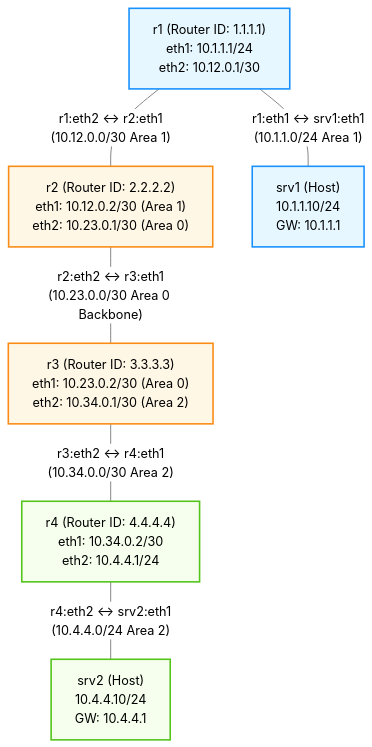
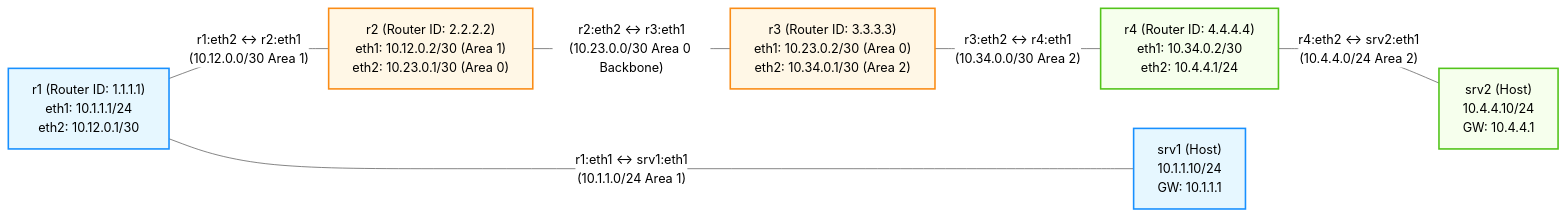
One commit to thangphan205/containerlab-demo changed the diagram in bai-tap-ve-nha/18-troubleshooting-chaos-lab/lab-guide.md. Above: the diagram before and after it, drawn with Mermaid (neutral theme). The commit also changed 1 other file, not shown here.

Commit message:
topology

````diff
--- a/bai-tap-ve-nha/18-troubleshooting-chaos-lab/lab-guide.md
+++ b/bai-tap-ve-nha/18-troubleshooting-chaos-lab/lab-guide.md
@@ -24,38 +24,40 @@
 ```mermaid
-graph TB
+graph LR
     classDef area1 fill:#e6f7ff,stroke:#1890ff,stroke-width:2px;
     classDef area0 fill:#fff7e6,stroke:#fa8c16,stroke-width:2px;
     classDef area2 fill:#f6ffed,stroke:#52c41a,stroke-width:2px;
 
     r1["`r1 (Router ID: 1.1.1.1)
 eth1: 10.1.1.1/24
 eth2: 10.12.0.1/30`"]:::area1
     r2["`r2 (Router ID: 2.2.2.2)
 eth1: 10.12.0.2/30 (Area 1)
 eth2: 10.23.0.1/30 (Area 0)`"]:::area0
     r3["`r3 (Router ID: 3.3.3.3)
 eth1: 10.23.0.2/30 (Area 0)
 eth2: 10.34.0.1/30 (Area 2)`"]:::area0
     r4["`r4 (Router ID: 4.4.4.4)
 eth1: 10.34.0.2/30
 eth2: 10.4.4.1/24`"]:::area2
 
     srv1["`srv1 (Host)
 10.1.1.10/24
 GW: 10.1.1.1`"]:::area1
     srv2["`srv2 (Host)
 10.4.4.10/24
 GW: 10.4.4.1`"]:::area2
 
     r1 -- "`r1:eth2 <-> r2:eth1
 (10.12.0.0/30 Area 1)`" --- r2
     r2 -- "`r2:eth2 <-> r3:eth1
 (10.23.0.0/30 Area 0 Backbone)`" --- r3
     r3 -- "`r3:eth2 <-> r4:eth1
 (10.34.0.0/30 Area 2)`" --- r4
 
     r1 -- "`r1:eth1 <-> srv1:eth1
 (10.1.1.0/24 Area 1)`" --- srv1
     r4 -- "`r4:eth2 <-> srv2:eth1
 (10.4.4.0/24 Area 2)`" --- srv2
+
+    srv1 ~~~ srv2
 ```
````
